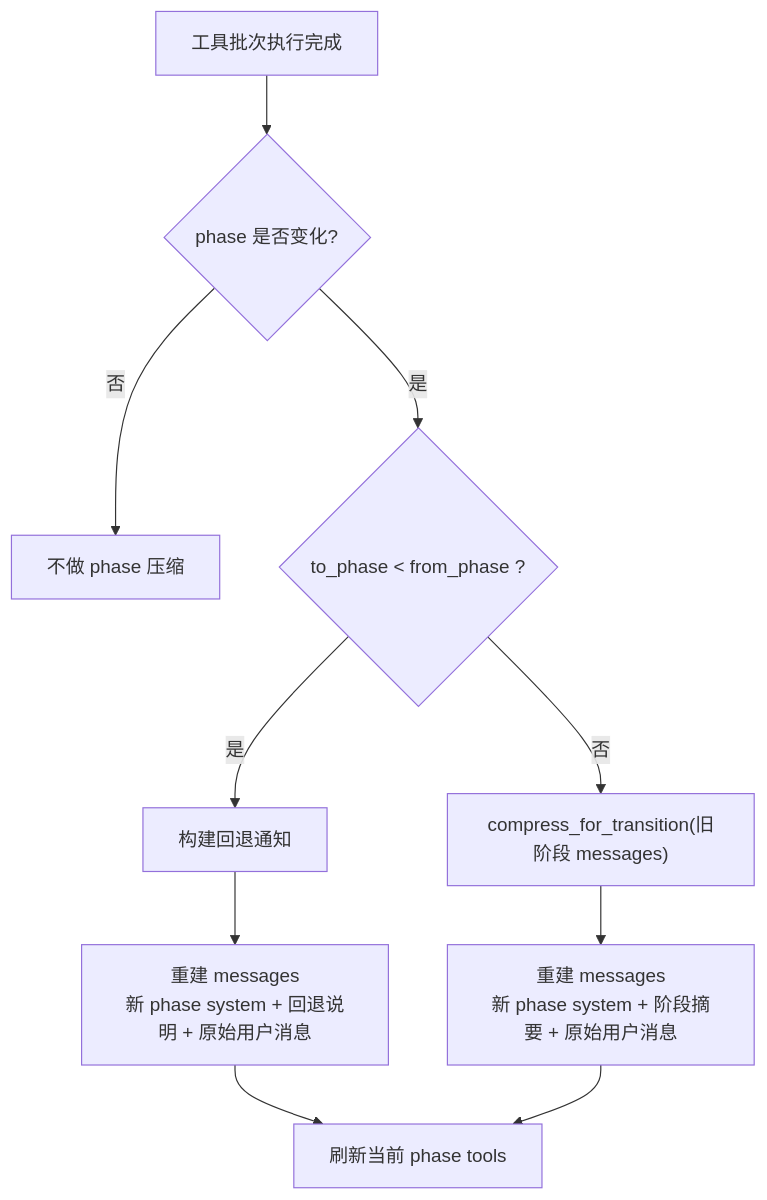
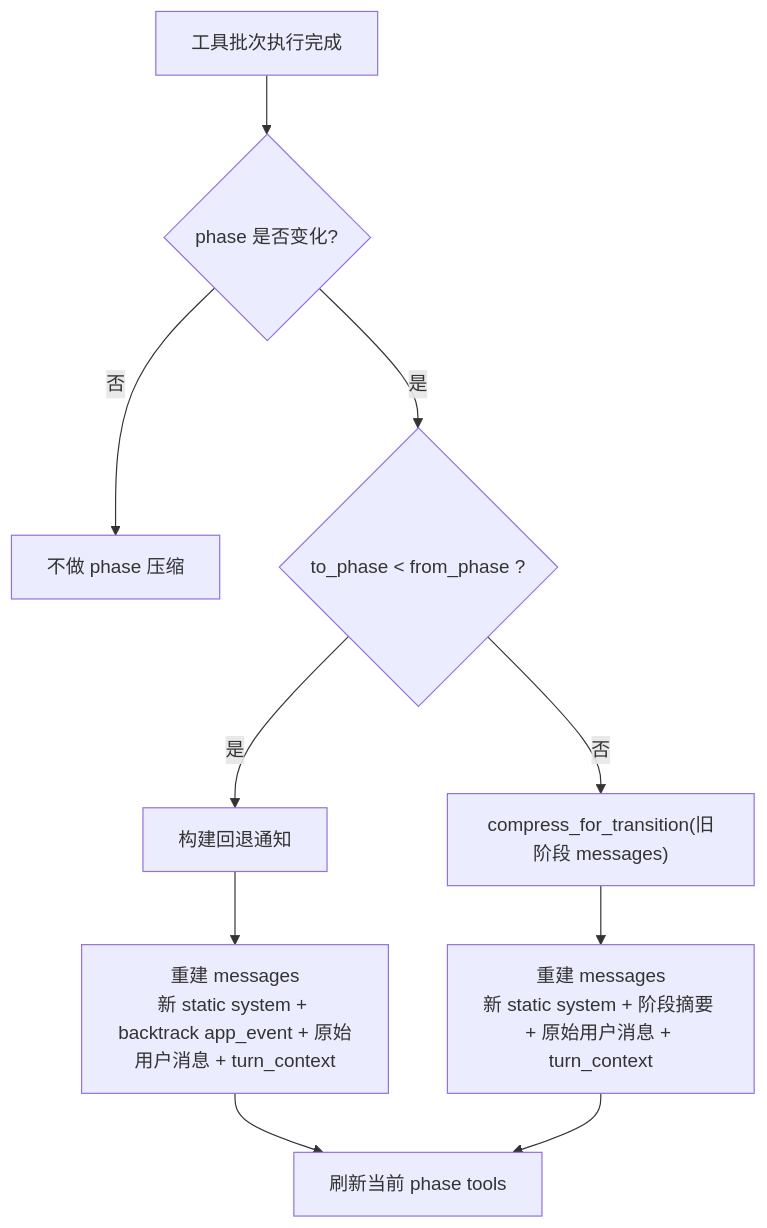
Before and after one commit to melonxi/travel_agent_pro: the fifth of 5 diagrams in docs/context-aware-compaction-implementation.md, drawn with Mermaid. The commit also changed other lines of this file and 6 other files, not shown here.

````diff
--- a/docs/context-aware-compaction-implementation.md
+++ b/docs/context-aware-compaction-implementation.md
@@ -409,12 +409,12 @@
 ```mermaid
 flowchart TD
     A["工具批次执行完成"] --> B{"phase 是否变化?"}
     B -- 否 --> C["不做 phase 压缩"]
     B -- 是 --> D{"to_phase < from_phase ?"}
     D -- 是 --> E["构建回退通知"]
     D -- 否 --> F["compress_for_transition(旧阶段 messages)"]
-    E --> G["重建 messages<br/>新 phase system + 回退说明 + 原始用户消息"]
-    F --> H["重建 messages<br/>新 phase system + 阶段摘要 + 原始用户消息"]
+    E --> G["重建 messages<br/>新 static system + backtrack app_event + 原始用户消息 + turn_context"]
+    F --> H["重建 messages<br/>新 static system + 阶段摘要 + 原始用户消息 + turn_context"]
     G --> I["刷新当前 phase tools"]
     H --> I
 ```
````
